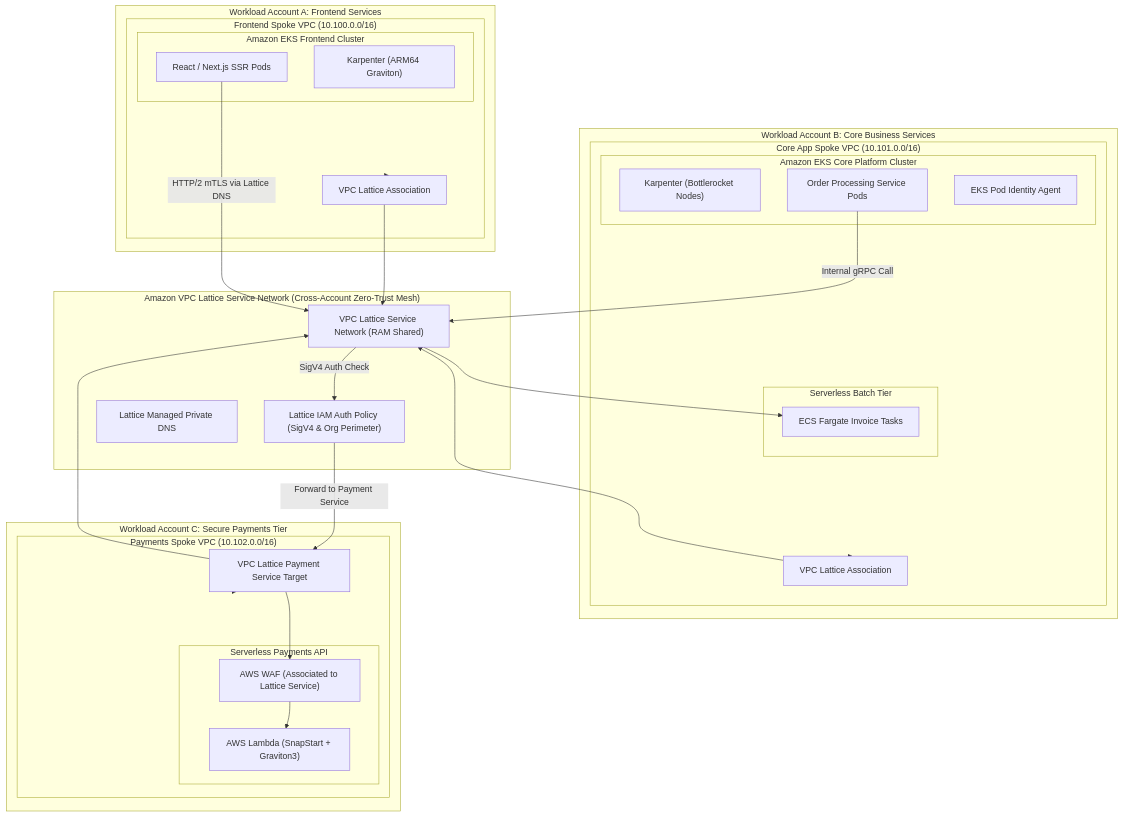
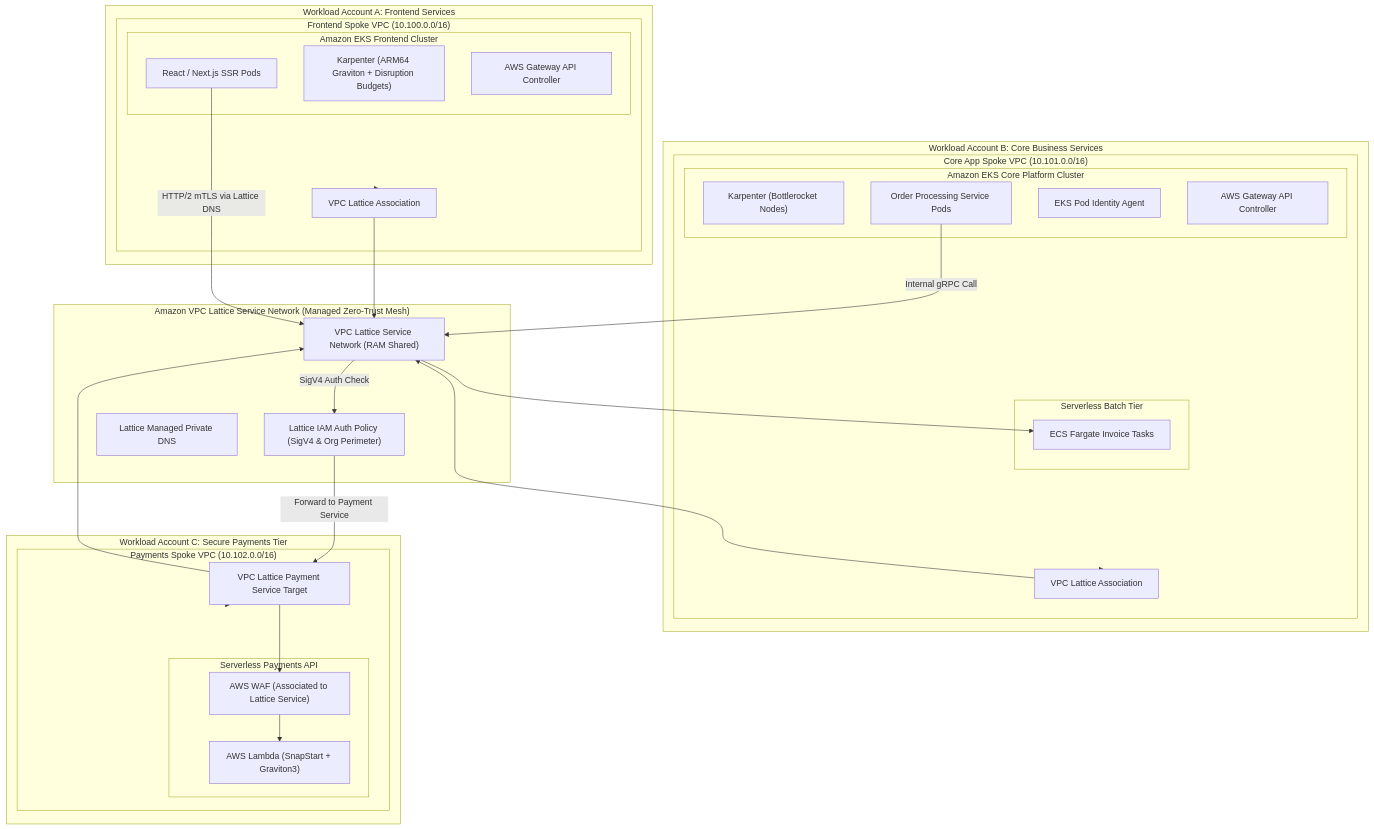
One commit to minddrop/aws-solution-map changed the diagram in docs/07-compute-container-platforms.md. Above: the diagram before and after it, drawn with Mermaid. The commit also changed other lines of this file and 16 other files, not shown here.

Commit message:
feat(blueprint): apply enterprise architectural modernizations across all 11 domains and contracts

````diff
--- a/docs/07-compute-container-platforms.md
+++ b/docs/07-compute-container-platforms.md
@@ -105,58 +102,60 @@
 ```mermaid
 flowchart TB
-    subgraph VPC_Lattice_Mesh["Amazon VPC Lattice Service Network (Cross-Account Zero-Trust Mesh)"]
+    subgraph VPC_Lattice_Mesh["Amazon VPC Lattice Service Network (Managed Zero-Trust Mesh)"]
         Lattice_SN["VPC Lattice Service Network (RAM Shared)"]
         Lattice_Auth["Lattice IAM Auth Policy (SigV4 & Org Perimeter)"]
         Lattice_DNS["Lattice Managed Private DNS"]
     end
 
     subgraph Spoke_Account_Frontend["Workload Account A: Frontend Services"]
         subgraph Frontend_VPC["Frontend Spoke VPC (10.100.0.0/16)"]
             subgraph EKS_Frontend_Cluster["Amazon EKS Frontend Cluster"]
-                Karpenter_FE["Karpenter (ARM64 Graviton)"]
+                Karpenter_FE["Karpenter (ARM64 Graviton + Disruption Budgets)"]
                 Pod_FE["React / Next.js SSR Pods"]
+                GW_Controller_FE["AWS Gateway API Controller"]
             end
             Lattice_Attach_FE["VPC Lattice Association"]
         end
     end
 
     subgraph Spoke_Account_CoreApp["Workload Account B: Core Business Services"]
         subgraph CoreApp_VPC["Core App Spoke VPC (10.101.0.0/16)"]
             subgraph EKS_Core_Cluster["Amazon EKS Core Platform Cluster"]
                 Karpenter_Core["Karpenter (Bottlerocket Nodes)"]
                 Pod_Order["Order Processing Service Pods"]
                 Pod_Identity_Agent["EKS Pod Identity Agent"]
+                GW_Controller_Core["AWS Gateway API Controller"]
             end
             
             subgraph ECS_Fargate_Tier["Serverless Batch Tier"]
                 Fargate_Task["ECS Fargate Invoice Tasks"]
             end
             
             Lattice_Attach_Core["VPC Lattice Association"]
         end
     end
 
     subgraph Spoke_Account_Payments["Workload Account C: Secure Payments Tier"]
         subgraph Payments_VPC["Payments Spoke VPC (10.102.0.0/16)"]
             subgraph Lambda_Payments_Tier["Serverless Payments API"]
                 Lambda_Payment["AWS Lambda (SnapStart + Graviton3)"]
                 WAF_Lattice["AWS WAF (Associated to Lattice Service)"]
             end
             Lattice_Service_Payment["VPC Lattice Payment Service Target"]
         end
     end
 
     %% Service Network Associations
     Frontend_VPC --> Lattice_Attach_FE --> Lattice_SN
     CoreApp_VPC --> Lattice_Attach_Core --> Lattice_SN
     Payments_VPC --> Lattice_Service_Payment --> Lattice_SN
 
     %% Inter-service traffic via VPC Lattice
     Pod_FE -->|HTTP/2 mTLS via Lattice DNS| Lattice_SN
     Lattice_SN -->|SigV4 Auth Check| Lattice_Auth
     Lattice_Auth -->|Forward to Payment Service| Lattice_Service_Payment
     Lattice_Service_Payment --> WAF_Lattice --> Lambda_Payment
 
     Pod_Order -->|Internal gRPC Call| Lattice_SN
     Lattice_SN --> Fargate_Task
 ```
````
